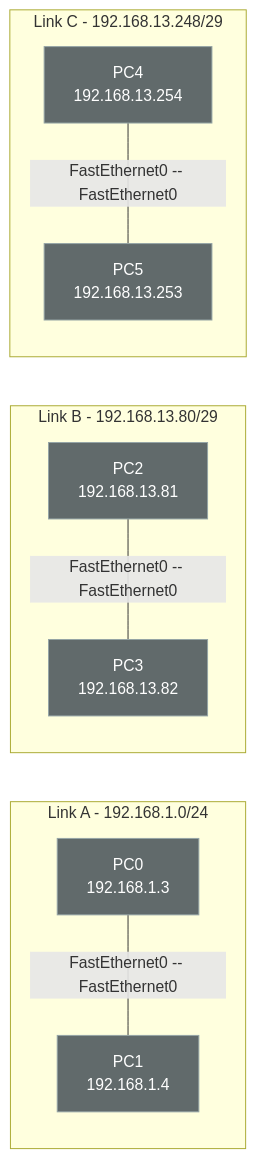
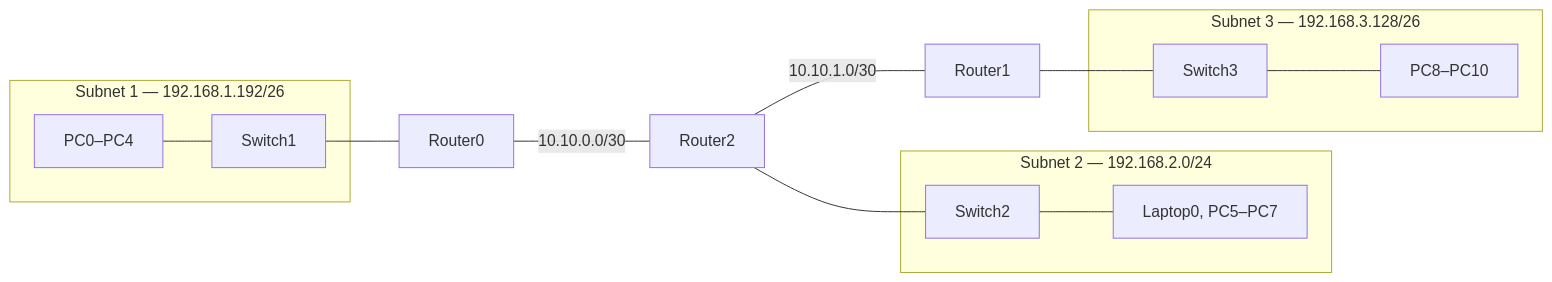
The diagram in README.md (fahdaguenouz/deep-in-net), drawn with Mermaid before and after one commit. The commit also changed other lines of this file, not shown here.

````diff
--- a/README.md
+++ b/README.md
@@ -3,23 +246,17 @@
 ```mermaid
 flowchart LR
-    classDef host fill:#616a6b,stroke:#95a5a6,color:#fff
-
-    subgraph LinkA["Link A - 192.168.1.0/24"]
-        PC0["PC0<br/>192.168.1.3"]:::host
-        PC1["PC1<br/>192.168.1.4"]:::host
+    subgraph LAN1["Subnet 1 — 192.168.1.192/26"]
+        H1["PC0–PC4"] --- SW1["Switch1"]
     end
-
-    subgraph LinkB["Link B - 192.168.13.80/29"]
-        PC2["PC2<br/>192.168.13.81"]:::host
-        PC3["PC3<br/>192.168.13.82"]:::host
+    R0["Router0"] ---|"10.10.0.0/30"| R2["Router2"]
+    R2 ---|"10.10.1.0/30"| R1["Router1"]
+    subgraph LAN2["Subnet 2 — 192.168.2.0/24"]
+        SW2["Switch2"] --- H2["Laptop0, PC5–PC7"]
     end
-
-    subgraph LinkC["Link C - 192.168.13.248/29"]
-        PC4["PC4<br/>192.168.13.254"]:::host
-        PC5["PC5<br/>192.168.13.253"]:::host
+    subgraph LAN3["Subnet 3 — 192.168.3.128/26"]
+        SW3["Switch3"] --- H3["PC8–PC10"]
     end
-
-    PC0 ---|"FastEthernet0 -- FastEthernet0"| PC1
-    PC2 ---|"FastEthernet0 -- FastEthernet0"| PC3
-    PC4 ---|"FastEthernet0 -- FastEthernet0"| PC5
+    SW1 --- R0
+    R2 --- SW2
+    R1 --- SW3
 ```
````
